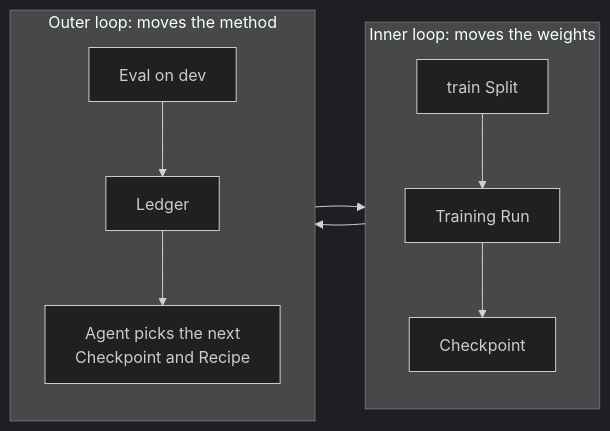
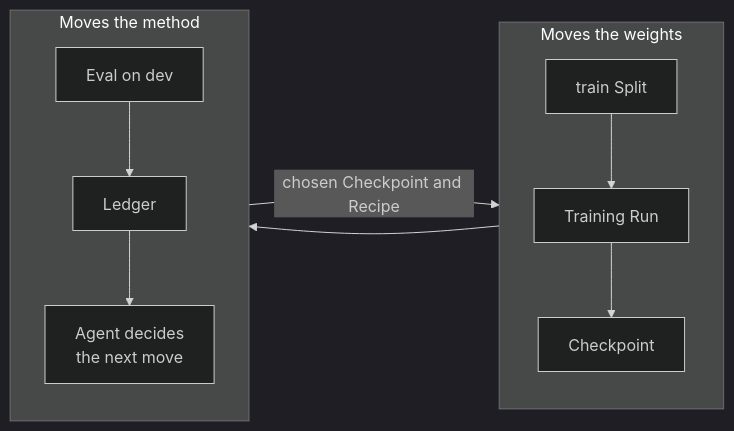
One commit to Monte-Inc/internal-monte-platform-docs changed the first of 2 diagrams in concepts/improvement.mdx. Above: the diagram before and after it, drawn with Mermaid (dark theme). The commit also changed other lines of this file, not shown here.

First line of the commit message:
docs: write the Improvement page's loop, method, and tree sections

````diff
--- a/concepts/improvement.mdx
+++ b/concepts/improvement.mdx
@@ -11,13 +11,13 @@
 ```mermaid actions={false}
 flowchart LR
-    subgraph INNER["Inner loop: moves the weights"]
+    subgraph INNER["Moves the weights"]
         direction TB
         TRAIN["train Split"] --> RUN["Training Run"] --> CKPT["Checkpoint"]
     end
-    subgraph OUTER["Outer loop: moves the method"]
+    subgraph OUTER["Moves the method"]
         direction TB
-        EVAL["Eval on dev"] --> LEDGER["Ledger"] --> AGENT["Agent picks the next<br/>Checkpoint and Recipe"]
+        EVAL["Eval on dev"] --> LEDGER["Ledger"] --> AGENT["Agent decides<br/>the next move"]
     end
     CKPT --> EVAL
-    AGENT --> RUN
+    AGENT -->|"chosen Checkpoint and Recipe"| RUN
 ```
````
